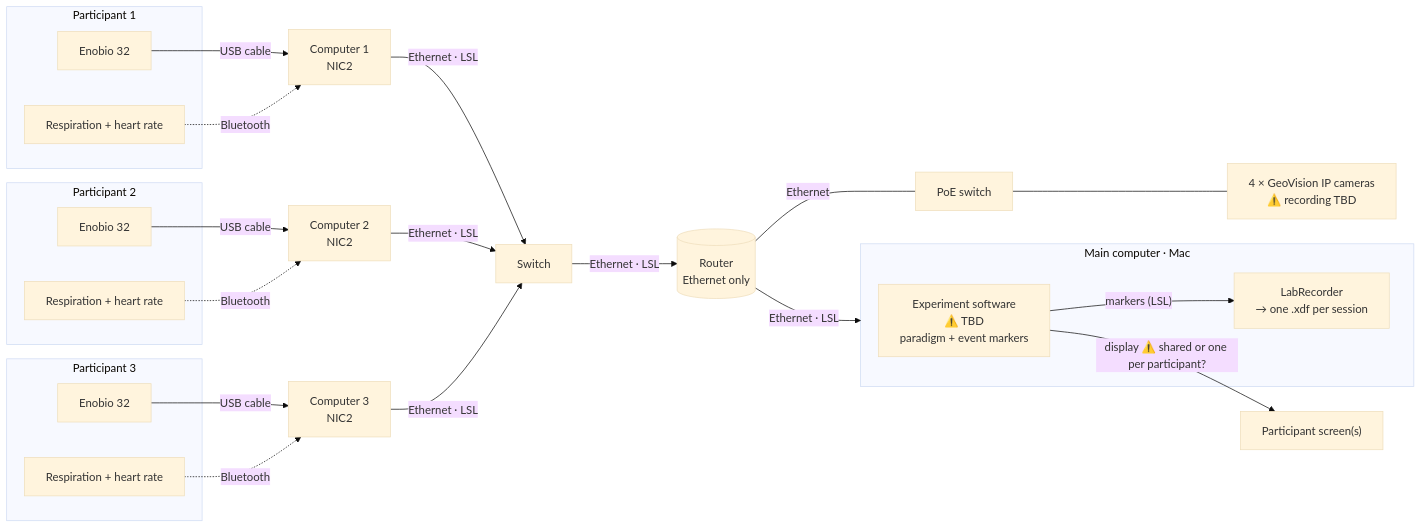
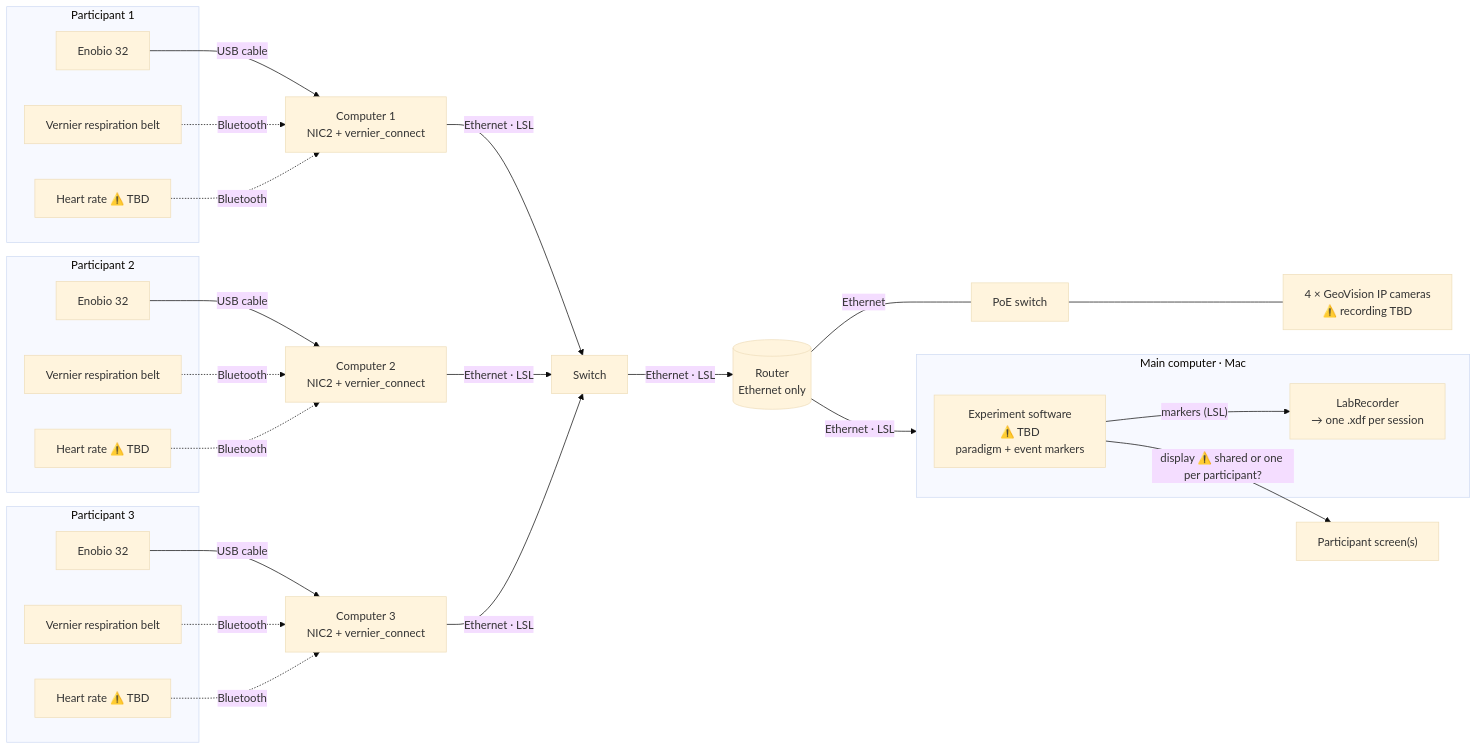
One commit to FranckPrts/lab-intercom-study-cu changed the diagram in README.md. Above: the diagram before and after it, drawn with Mermaid (base theme). The commit also changed other lines of this file and 1 other file, not shown here.

Commit message:
(docs) Update README

````diff
--- a/README.md
+++ b/README.md
@@ -31,40 +31,46 @@
 ```mermaid
 flowchart LR
     subgraph P1 [Participant 1]
         E1[Enobio 32]
-        B1["Respiration + heart rate"]
+        B1["Vernier respiration belt"]
+        H1["Heart rate ⚠️ TBD"]
     end
     subgraph P2 [Participant 2]
         E2[Enobio 32]
-        B2["Respiration + heart rate"]
+        B2["Vernier respiration belt"]
+        H2["Heart rate ⚠️ TBD"]
     end
     subgraph P3 [Participant 3]
         E3[Enobio 32]
-        B3["Respiration + heart rate"]
+        B3["Vernier respiration belt"]
+        H3["Heart rate ⚠️ TBD"]
     end
 
-    E1 -- "USB cable" --> C1[Computer 1<br/>NIC2]
+    E1 -- "USB cable" --> C1[Computer 1<br/>NIC2 + vernier_connect]
     B1 -. "Bluetooth" .-> C1
-    E2 -- "USB cable" --> C2[Computer 2<br/>NIC2]
+    H1 -. "Bluetooth" .-> C1
+    E2 -- "USB cable" --> C2[Computer 2<br/>NIC2 + vernier_connect]
     B2 -. "Bluetooth" .-> C2
-    E3 -- "USB cable" --> C3[Computer 3<br/>NIC2]
+    H2 -. "Bluetooth" .-> C2
+    E3 -- "USB cable" --> C3[Computer 3<br/>NIC2 + vernier_connect]
     B3 -. "Bluetooth" .-> C3
+    H3 -. "Bluetooth" .-> C3
 
     C1 -- "Ethernet · LSL" --> SW1[Switch]
     C2 -- "Ethernet · LSL" --> SW1
     C3 -- "Ethernet · LSL" --> SW1
 
     SW1 -- "Ethernet · LSL" --> R[(Router<br/>Ethernet only)]
     R -- "Ethernet" --- SW2[PoE switch]
     SW2 --- CAMS["4 × GeoVision IP cameras<br/>⚠️ recording TBD"]
 
     R -- "Ethernet · LSL" --> MAIN
 
     subgraph MAIN [Main computer · Mac]
         EXP["Experiment software<br/>⚠️ TBD<br/>paradigm + event markers"]
         LR["LabRecorder<br/>→ one .xdf per session"]
         EXP -- "markers (LSL)" --> LR
     end
 
     EXP -- "display ⚠️ shared or one per participant?" --> SCREENS["Participant screen(s)"]
 ```
````
